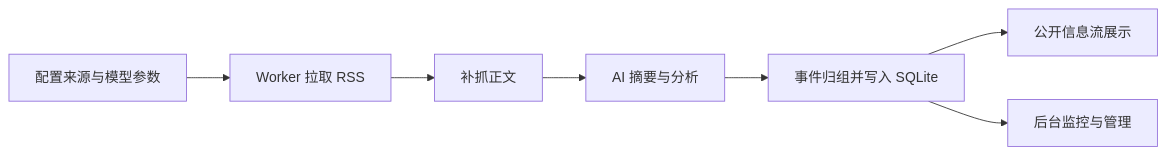
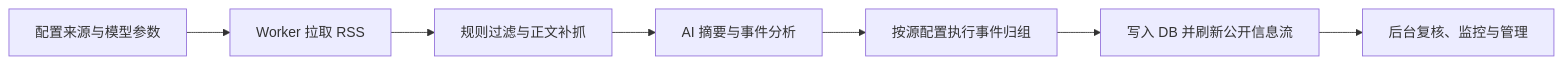
One commit to CrazyForks/infinitum changed the diagram in README.md. Above: the diagram before and after it, drawn with Mermaid. The commit also changed other lines of this file and 20 other files, not shown here.

````diff
--- a/README.md
+++ b/README.md
@@ -18,9 +43,9 @@
 ```mermaid
 flowchart LR
     A["配置来源与模型参数"] --> B["Worker 拉取 RSS"]
-    B --> C["补抓正文"]
-    C --> D["AI 摘要与分析"]
-    D --> E["事件归组并写入 SQLite"]
-    E --> F["公开信息流展示"]
-    E --> G["后台监控与管理"]
+    B --> C["规则过滤与正文补抓"]
+    C --> D["AI 摘要与事件分析"]
+    D --> E["按源配置执行事件归组"]
+    E --> F["写入 DB 并刷新公开信息流"]
+    F --> G["后台复核、监控与管理"]
 ```
````
